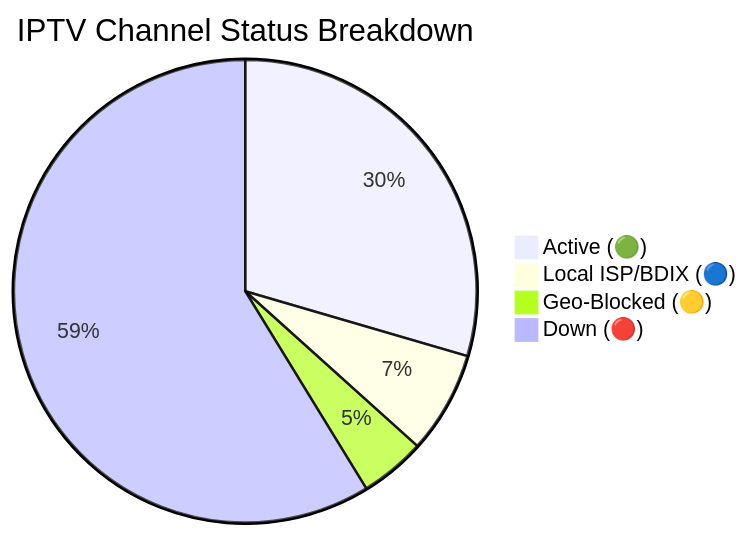
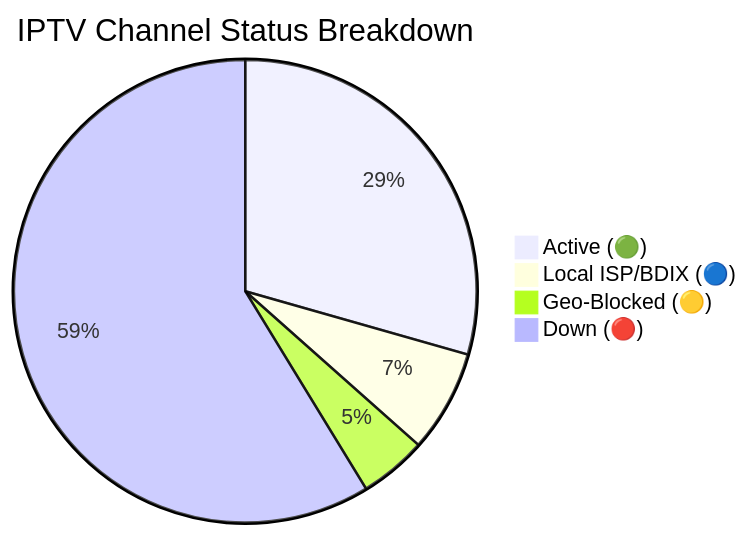
Before and after one commit to Zaman-Topu/Ip-tv-Collection: the diagram in README.md, drawn with Mermaid. The commit also changed other lines of this file and 6 other files, not shown here.

````diff
--- a/README.md
+++ b/README.md
@@ -149,7 +149,7 @@
 ```mermaid
 pie title IPTV Channel Status Breakdown
-    "Active (🟢)" : 11084
-    "Local ISP/BDIX (🔵)" : 2680
-    "Geo-Blocked (🟡)" : 1719
-    "Down (🔴)" : 22063
+    "Active (🟢)" : 11045
+    "Local ISP/BDIX (🔵)" : 2682
+    "Geo-Blocked (🟡)" : 1767
+    "Down (🔴)" : 22058
 ```
````
